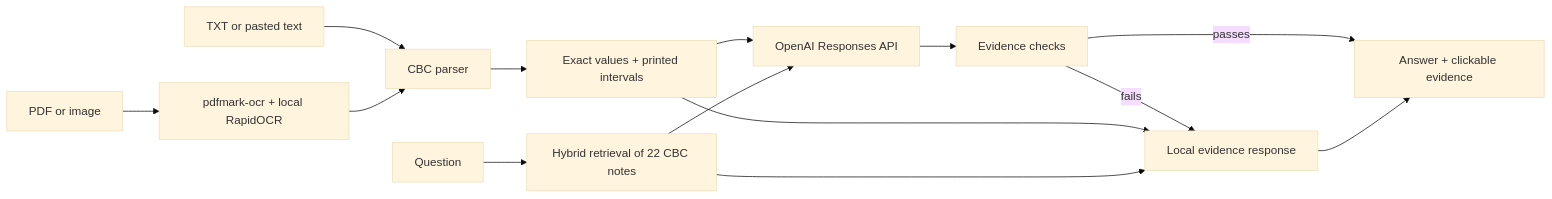
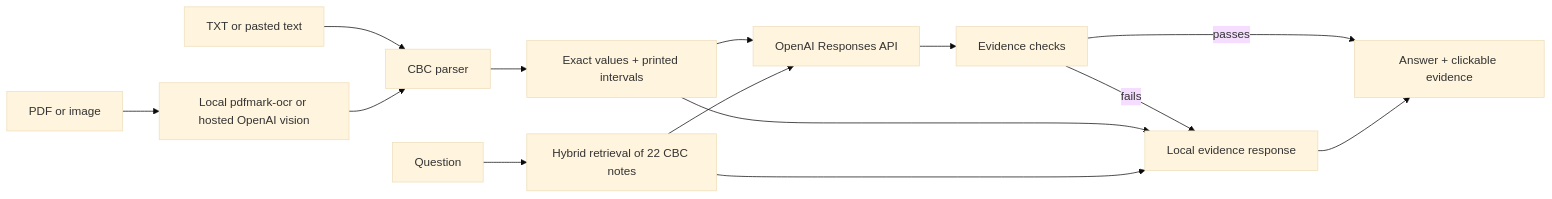
Before and after one commit to diyagupta9104/swasthya-lens: the diagram in README.md, drawn with Mermaid (base theme). The commit also changed other lines of this file and 6 other files, not shown here.

Commit message:
Use hosted vision OCR on memory-limited Render

````diff
--- a/README.md
+++ b/README.md
@@ -68,16 +68,16 @@
 ```mermaid
 flowchart LR
-    A[PDF or image] --> B[pdfmark-ocr + local RapidOCR]
+    A[PDF or image] --> B[Local pdfmark-ocr or hosted OpenAI vision]
     C[TXT or pasted text] --> D[CBC parser]
     B --> D
     D --> E[Exact values + printed intervals]
     F[Question] --> G[Hybrid retrieval of 22 CBC notes]
     E --> H[OpenAI Responses API]
     G --> H
     H --> J[Evidence checks]
     J -->|passes| I[Answer + clickable evidence]
     J -->|fails| K[Local evidence response]
     E --> K
     G --> K
     K --> I
 ```
````
